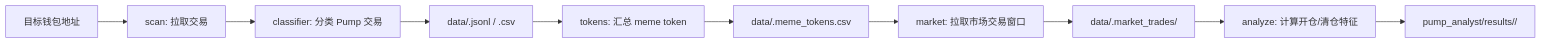
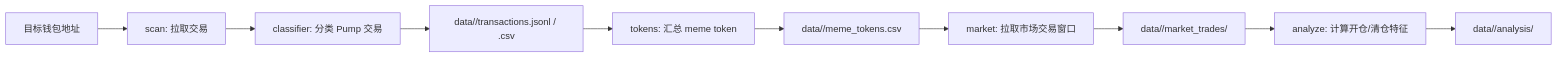
The diagram in docs/PROJECT_FLOW.md (Jason767445898/blockchain_solscan), drawn with Mermaid before and after one commit. The commit also changed other lines of this file and 9 other files, not shown here.

````diff
--- a/docs/PROJECT_FLOW.md
+++ b/docs/PROJECT_FLOW.md
@@ -40,12 +49,12 @@
 ```mermaid
 flowchart LR
     A["目标钱包地址"] --> B["scan: 拉取交易"]
     B --> C["classifier: 分类 Pump 交易"]
-    C --> D["data/<wallet>.jsonl / .csv"]
+    C --> D["data/<wallet>/transactions.jsonl / .csv"]
     D --> E["tokens: 汇总 meme token"]
-    E --> F["data/<wallet>.meme_tokens.csv"]
+    E --> F["data/<wallet>/meme_tokens.csv"]
     F --> G["market: 拉取市场交易窗口"]
-    G --> H["data/<wallet>.market_trades/"]
+    G --> H["data/<wallet>/market_trades/"]
     H --> I["analyze: 计算开仓/清仓特征"]
-    I --> J["pump_analyst/results/<wallet>/"]
+    I --> J["data/<wallet>/analysis/"]
 ```
````
